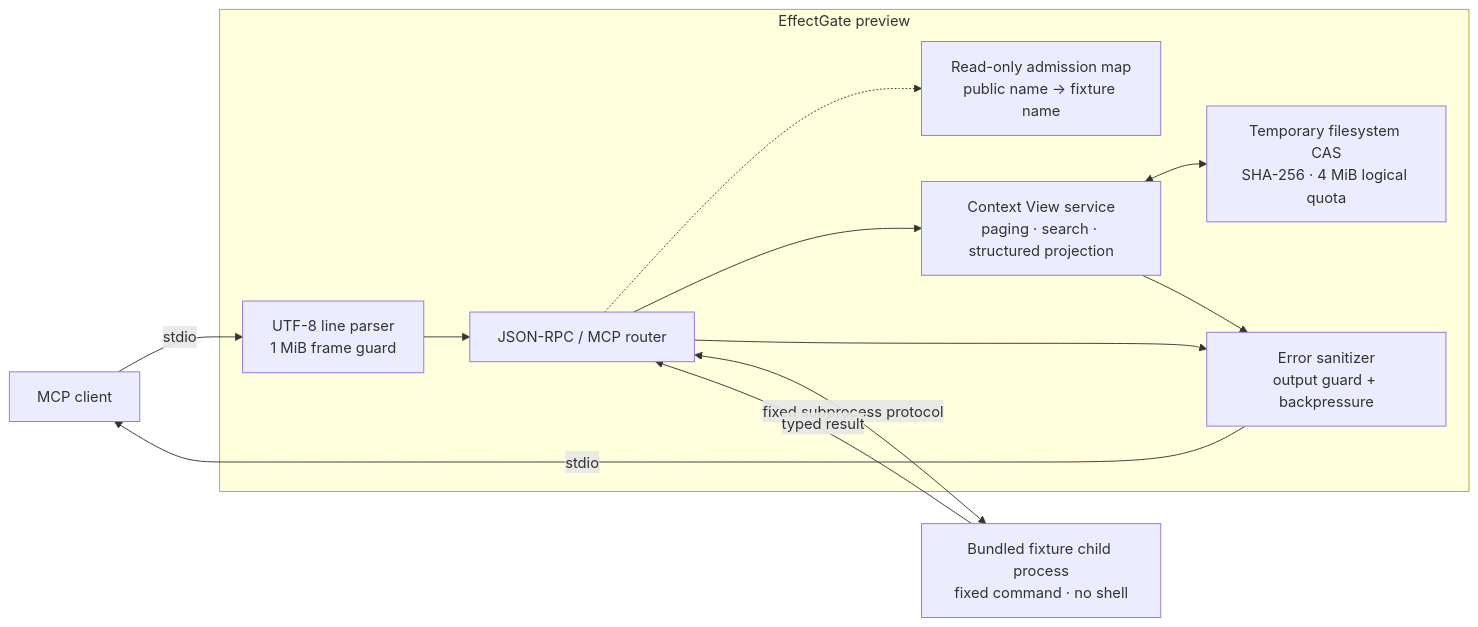
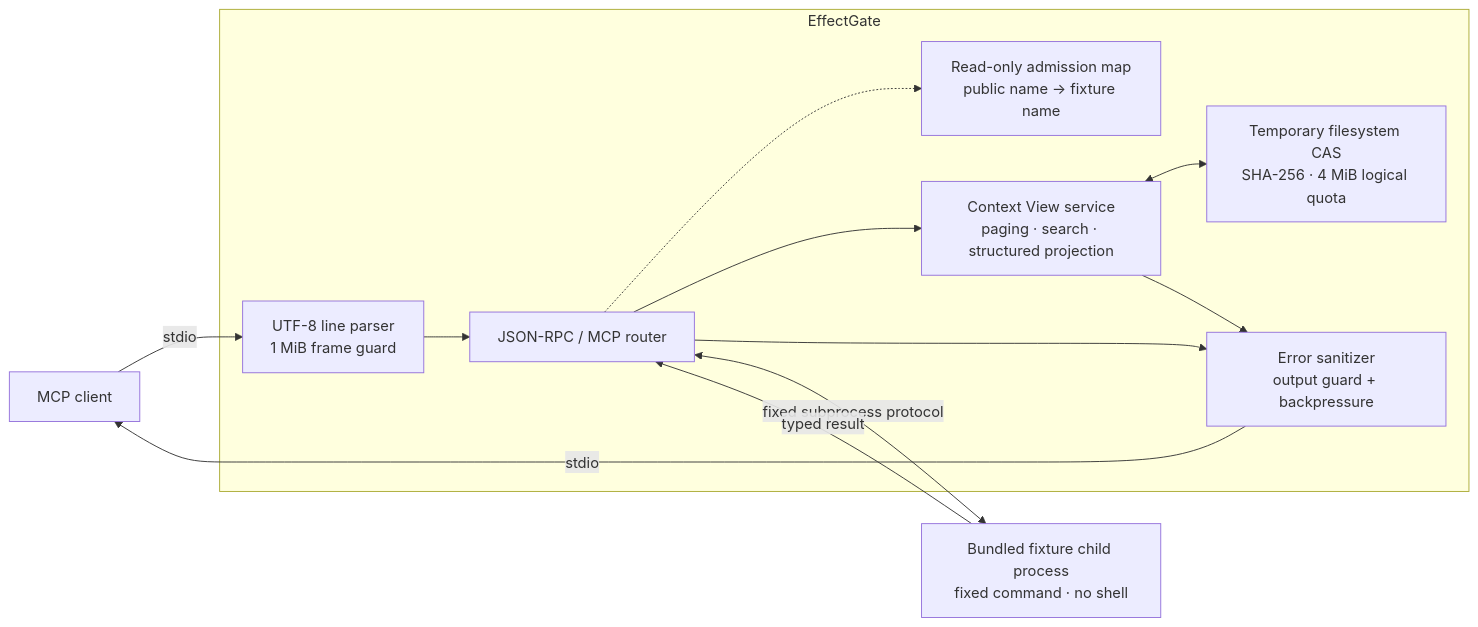
The diagram in README.md (Miniks040506/EffectGate), drawn with Mermaid before and after one commit. The commit also changed other lines of this file and 11 other files, not shown here.

````diff
--- a/README.md
+++ b/README.md
@@ -152,27 +153,27 @@
 ```mermaid
 flowchart LR
     Client["MCP client"]
 
-    subgraph Gate["EffectGate preview"]
+    subgraph Gate["EffectGate"]
         Input["UTF-8 line parser<br/>1 MiB frame guard"]
         Router["JSON-RPC / MCP router"]
         Catalog["Read-only admission map<br/>public name → fixture name"]
         Views["Context View service<br/>paging · search · structured projection"]
         Store["Temporary filesystem CAS<br/>SHA-256 · 4 MiB logical quota"]
         Output["Error sanitizer<br/>output guard + backpressure"]
 
         Input --> Router
         Router -.-> Catalog
         Router --> Views
         Views <--> Store
         Router --> Output
         Views --> Output
     end
 
     Fixture["Bundled fixture child process<br/>fixed command · no shell"]
 
     Client -->|"stdio"| Input
     Router <-->|"fixed subprocess protocol"| Fixture
     Fixture -->|"typed result"| Router
     Output -->|"stdio"| Client
 ```
````
